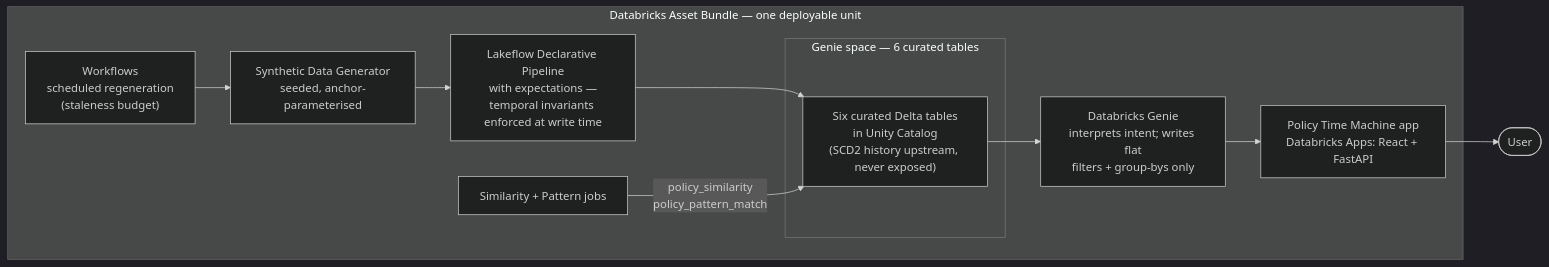
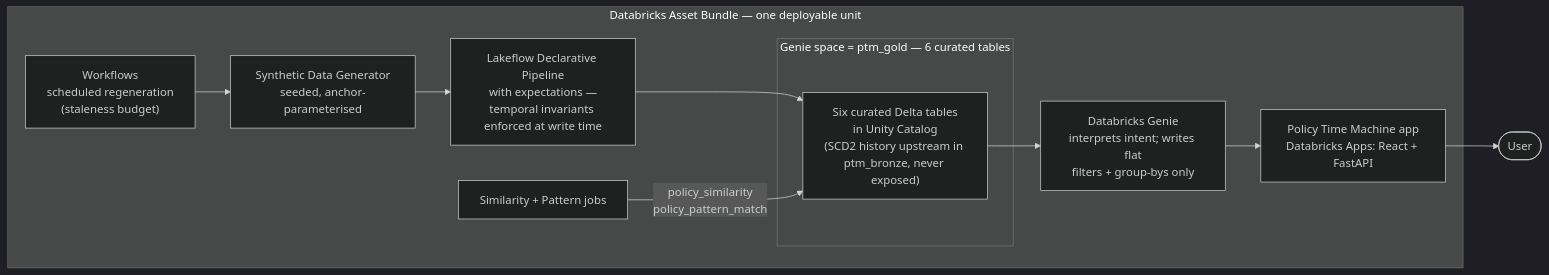
One commit to Sushruth-TechFabric/policy-time-machine changed the diagram in docs/specs/09-product-charter.md. Above: the diagram before and after it, drawn with Mermaid (dark theme). The commit also changed 7 other files, not shown here.

Commit message:
Diagrams reflect medallion schemas; embeds kept in verbatim sync

````diff
--- a/docs/specs/09-product-charter.md
+++ b/docs/specs/09-product-charter.md
@@ -25,20 +25,20 @@
 ```mermaid
 %% Diagram 1 — High-level architecture. Audience: judges; first slide of the writeup.
 %% Embedded in docs/specs/09-product-charter.md. Vocabulary per CONTEXT.md and 03-genie-knowledge.md §7.
 flowchart LR
     subgraph bundle["Databricks Asset Bundle — one deployable unit"]
         wf["Workflows<br/>scheduled regeneration<br/>(staleness budget)"]
         gen["Synthetic Data Generator<br/>seeded, anchor-parameterised"]
         dlt["Lakeflow Declarative Pipeline<br/>with expectations —<br/>temporal invariants enforced at write time"]
         jobs["Similarity + Pattern jobs"]
-        subgraph gspace["Genie space — 6 curated tables"]
-            tables["Six curated Delta tables<br/>in Unity Catalog<br/>(SCD2 history upstream, never exposed)"]
+        subgraph gspace["Genie space = ptm_gold — 6 curated tables"]
+            tables["Six curated Delta tables<br/>in Unity Catalog<br/>(SCD2 history upstream in ptm_bronze, never exposed)"]
         end
         genie["Databricks Genie<br/>interprets intent; writes flat<br/>filters + group-bys only"]
         app["Policy Time Machine app<br/>Databricks Apps: React + FastAPI"]
     end
     user(["User"])
 
     wf --> gen --> dlt --> tables --> genie --> app --> user
     jobs -->|"policy_similarity<br/>policy_pattern_match"| tables
 ```
````
